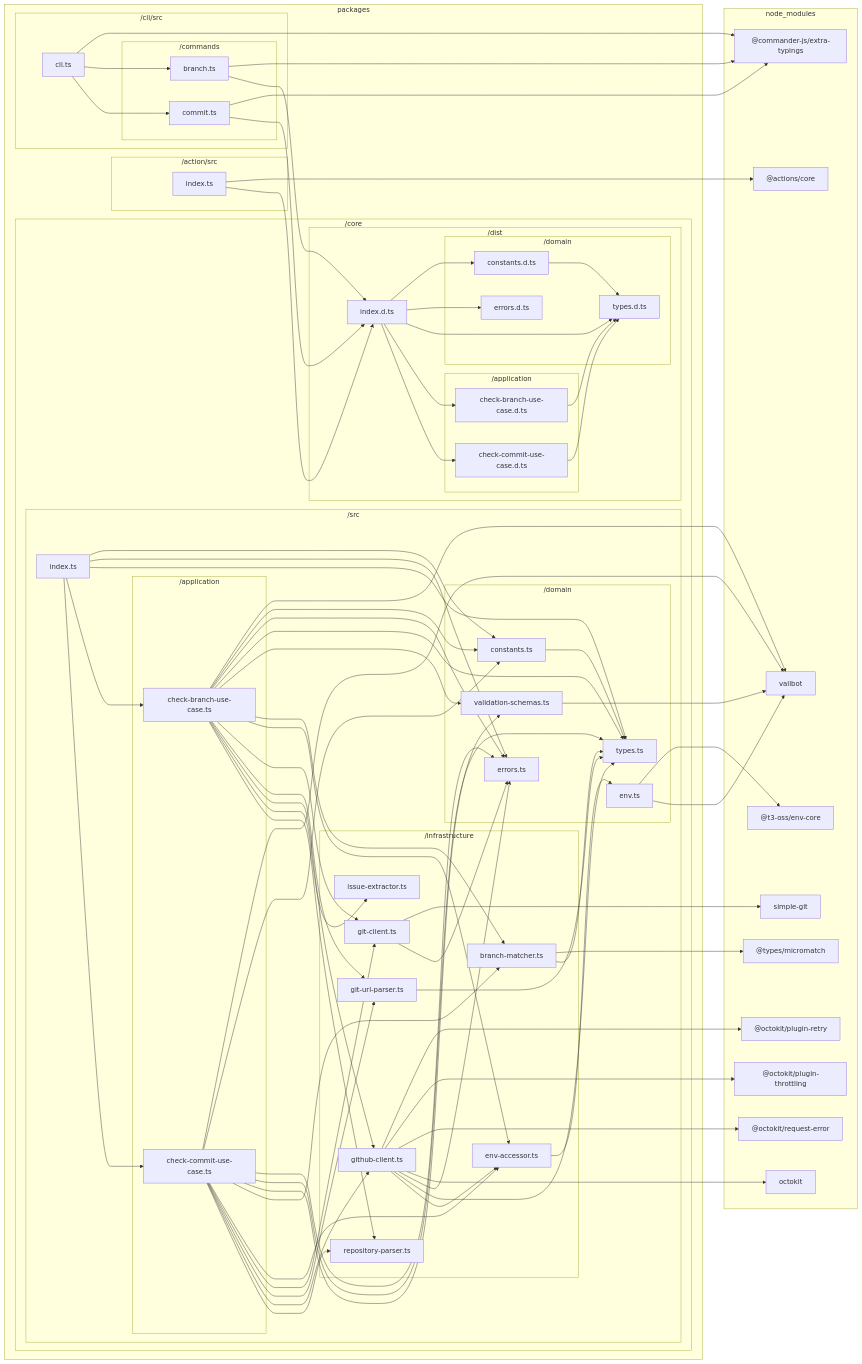
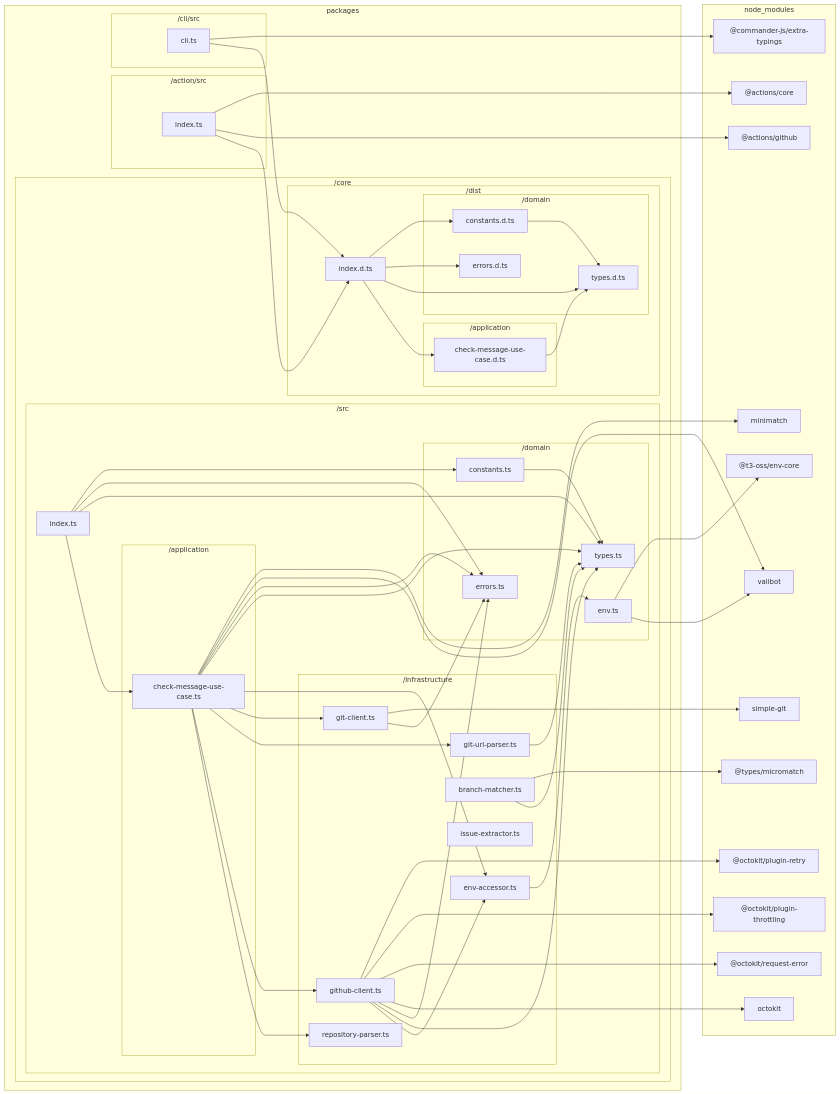
The diagram in docs/reports/dependencies/all.md (sugurutakahashi-1234/issue-linker), drawn with Mermaid before and after one commit. The commit also changed 27 other files, not shown here.

First line of the commit message:
refactor: remove commit and branch checking commands [deps-change]

````diff
--- a/docs/reports/dependencies/all.md
+++ b/docs/reports/dependencies/all.md
@@ -16,8 +16,7 @@
                     packages/core/dist/domain/errors.d.ts["errors.d.ts"]
                 end
                 subgraph packages/core/dist/application["/application"]
-                    packages/core/dist/application/check//branch//use//case.d.ts["check-branch-use-case.d.ts"]
-                    packages/core/dist/application/check//commit//use//case.d.ts["check-commit-use-case.d.ts"]
+                    packages/core/dist/application/check//message//use//case.d.ts["check-message-use-case.d.ts"]
                 end
             end
             subgraph packages/core/src["/src"]
@@ -26,21 +25,19 @@
                     packages/core/src/domain/types.ts["types.ts"]
                     packages/core/src/domain/constants.ts["constants.ts"]
                     packages/core/src/domain/errors.ts["errors.ts"]
-                    packages/core/src/domain/validation//schemas.ts["validation-schemas.ts"]
                     packages/core/src/domain/env.ts["env.ts"]
                 end
                 subgraph packages/core/src/infrastructure["/infrastructure"]
-                    packages/core/src/infrastructure/branch//matcher.ts["branch-matcher.ts"]
                     packages/core/src/infrastructure/env//accessor.ts["env-accessor.ts"]
                     packages/core/src/infrastructure/git//client.ts["git-client.ts"]
                     packages/core/src/infrastructure/git//url//parser.ts["git-url-parser.ts"]
                     packages/core/src/infrastructure/github//client.ts["github-client.ts"]
+                    packages/core/src/infrastructure/repository//parser.ts["repository-parser.ts"]
+                    packages/core/src/infrastructure/branch//matcher.ts["branch-matcher.ts"]
                     packages/core/src/infrastructure/issue//extractor.ts["issue-extractor.ts"]
-                    packages/core/src/infrastructure/repository//parser.ts["repository-parser.ts"]
                 end
                 subgraph packages/core/src/application["/application"]
-                    packages/core/src/application/check//branch//use//case.ts["check-branch-use-case.ts"]
-                    packages/core/src/application/check//commit//use//case.ts["check-commit-use-case.ts"]
+                    packages/core/src/application/check//message//use//case.ts["check-message-use-case.ts"]
                 end
             end
         end
@@ -49,45 +46,34 @@
         end
         subgraph packages/cli/src["/cli/src"]
             packages/cli/src/cli.ts["cli.ts"]
-            subgraph packages/cli/src/commands["/commands"]
-                packages/cli/src/commands/branch.ts["branch.ts"]
-                packages/cli/src/commands/commit.ts["commit.ts"]
-            end
         end
     end
     subgraph node//modules["node_modules"]
         node//modules///actions/core/lib/core.d.ts["@actions/core"]
+        node//modules///actions/github/lib/github.d.ts["@actions/github"]
         node//modules///commander//js/extra//typings/index.d.ts["@commander-js/extra-typings"]
+        node//modules///t3//oss/env//core/dist/index.d.ts["@t3-oss/env-core"]
         node//modules/valibot/dist/index.d.cts["valibot"]
-        node//modules///types/micromatch/index.d.ts["@types/micromatch"]
-        node//modules///t3//oss/env//core/dist/index.d.ts["@t3-oss/env-core"]
         node//modules/simple//git/dist/typings/index.d.ts["simple-git"]
         node//modules///octokit/plugin//retry/dist//types/index.d.ts["@octokit/plugin-retry"]
         node//modules///octokit/plugin//throttling/dist//types/index.d.ts["@octokit/plugin-throttling"]
         node//modules///octokit/request//error/dist//types/index.d.ts["@octokit/request-error"]
         node//modules/octokit/dist//types/index.d.ts["octokit"]
+        node//modules/minimatch/dist/commonjs/index.d.ts["minimatch"]
+        node//modules///types/micromatch/index.d.ts["@types/micromatch"]
     end
     packages/core/dist/domain/constants.d.ts-->packages/core/dist/domain/types.d.ts
-    packages/core/dist/application/check//branch//use//case.d.ts-->packages/core/dist/domain/types.d.ts
-    packages/core/dist/application/check//commit//use//case.d.ts-->packages/core/dist/domain/types.d.ts
+    packages/core/dist/application/check//message//use//case.d.ts-->packages/core/dist/domain/types.d.ts
     packages/core/dist/index.d.ts-->packages/core/dist/domain/constants.d.ts
     packages/core/dist/index.d.ts-->packages/core/dist/domain/errors.d.ts
     packages/core/dist/index.d.ts-->packages/core/dist/domain/types.d.ts
-    packages/core/dist/index.d.ts-->packages/core/dist/application/check//branch//use//case.d.ts
-    packages/core/dist/index.d.ts-->packages/core/dist/application/check//commit//use//case.d.ts
+    packages/core/dist/index.d.ts-->packages/core/dist/application/check//message//use//case.d.ts
     packages/action/src/index.ts-->node//modules///actions/core/lib/core.d.ts
+    packages/action/src/index.ts-->node//modules///actions/github/lib/github.d.ts
     packages/action/src/index.ts-->packages/core/dist/index.d.ts
-    packages/cli/src/commands/branch.ts-->node//modules///commander//js/extra//typings/index.d.ts
-    packages/cli/src/commands/branch.ts-->packages/core/dist/index.d.ts
-    packages/cli/src/commands/commit.ts-->node//modules///commander//js/extra//typings/index.d.ts
-    packages/cli/src/commands/commit.ts-->packages/core/dist/index.d.ts
     packages/cli/src/cli.ts-->node//modules///commander//js/extra//typings/index.d.ts
-    packages/cli/src/cli.ts-->packages/cli/src/commands/branch.ts
-    packages/cli/src/cli.ts-->packages/cli/src/commands/commit.ts
+    packages/cli/src/cli.ts-->packages/core/dist/index.d.ts
     packages/core/src/domain/constants.ts-->packages/core/src/domain/types.ts
-    packages/core/src/domain/validation//schemas.ts-->node//modules/valibot/dist/index.d.cts
-    packages/core/src/infrastructure/branch//matcher.ts-->node//modules///types/micromatch/index.d.ts
-    packages/core/src/infrastructure/branch//matcher.ts-->packages/core/src/domain/types.ts
     packages/core/src/domain/env.ts-->node//modules///t3//oss/env//core/dist/index.d.ts
     packages/core/src/domain/env.ts-->node//modules/valibot/dist/index.d.cts
     packages/core/src/infrastructure/env//accessor.ts-->packages/core/src/domain/env.ts
@@ -101,32 +87,19 @@
     packages/core/src/infrastructure/github//client.ts-->packages/core/src/domain/errors.ts
     packages/core/src/infrastructure/github//client.ts-->packages/core/src/domain/types.ts
     packages/core/src/infrastructure/github//client.ts-->packages/core/src/infrastructure/env//accessor.ts
-    packages/core/src/application/check//branch//use//case.ts-->node//modules/valibot/dist/index.d.cts
-    packages/core/src/application/check//branch//use//case.ts-->packages/core/src/domain/constants.ts
-    packages/core/src/application/check//branch//use//case.ts-->packages/core/src/domain/errors.ts
-    packages/core/src/application/check//branch//use//case.ts-->packages/core/src/domain/types.ts
-    packages/core/src/application/check//branch//use//case.ts-->packages/core/src/domain/validation//schemas.ts
-    packages/core/src/application/check//branch//use//case.ts-->packages/core/src/infrastructure/branch//matcher.ts
-    packages/core/src/application/check//branch//use//case.ts-->packages/core/src/infrastructure/env//accessor.ts
-    packages/core/src/application/check//branch//use//case.ts-->packages/core/src/infrastructure/git//client.ts
-    packages/core/src/application/check//branch//use//case.ts-->packages/core/src/infrastructure/git//url//parser.ts
-    packages/core/src/application/check//branch//use//case.ts-->packages/core/src/infrastructure/github//client.ts
-    packages/core/src/application/check//branch//use//case.ts-->packages/core/src/infrastructure/issue//extractor.ts
-    packages/core/src/application/check//branch//use//case.ts-->packages/core/src/infrastructure/repository//parser.ts
-    packages/core/src/application/check//commit//use//case.ts-->node//modules/valibot/dist/index.d.cts
-    packages/core/src/application/check//commit//use//case.ts-->packages/core/src/domain/constants.ts
-    packages/core/src/application/check//commit//use//case.ts-->packages/core/src/domain/errors.ts
-    packages/core/src/application/check//commit//use//case.ts-->packages/core/src/domain/types.ts
-    packages/core/src/application/check//commit//use//case.ts-->packages/core/src/domain/validation//schemas.ts
-    packages/core/src/application/check//commit//use//case.ts-->packages/core/src/infrastructure/branch//matcher.ts
-    packages/core/src/application/check//commit//use//case.ts-->packages/core/src/infrastructure/env//accessor.ts
-    packages/core/src/application/check//commit//use//case.ts-->packages/core/src/infrastructure/git//client.ts
-    packages/core/src/application/check//commit//use//case.ts-->packages/core/src/infrastructure/git//url//parser.ts
-    packages/core/src/application/check//commit//use//case.ts-->packages/core/src/infrastructure/github//client.ts
-    packages/core/src/application/check//commit//use//case.ts-->packages/core/src/infrastructure/repository//parser.ts
+    packages/core/src/application/check//message//use//case.ts-->node//modules/minimatch/dist/commonjs/index.d.ts
+    packages/core/src/application/check//message//use//case.ts-->node//modules/valibot/dist/index.d.cts
+    packages/core/src/application/check//message//use//case.ts-->packages/core/src/domain/errors.ts
+    packages/core/src/application/check//message//use//case.ts-->packages/core/src/domain/types.ts
+    packages/core/src/application/check//message//use//case.ts-->packages/core/src/infrastructure/env//accessor.ts
+    packages/core/src/application/check//message//use//case.ts-->packages/core/src/infrastructure/git//client.ts
+    packages/core/src/application/check//message//use//case.ts-->packages/core/src/infrastructure/git//url//parser.ts
+    packages/core/src/application/check//message//use//case.ts-->packages/core/src/infrastructure/github//client.ts
+    packages/core/src/application/check//message//use//case.ts-->packages/core/src/infrastructure/repository//parser.ts
     packages/core/src/index.ts-->packages/core/src/domain/constants.ts
     packages/core/src/index.ts-->packages/core/src/domain/errors.ts
     packages/core/src/index.ts-->packages/core/src/domain/types.ts
-    packages/core/src/index.ts-->packages/core/src/application/check//branch//use//case.ts
-    packages/core/src/index.ts-->packages/core/src/application/check//commit//use//case.ts
+    packages/core/src/index.ts-->packages/core/src/application/check//message//use//case.ts
+    packages/core/src/infrastructure/branch//matcher.ts-->node//modules///types/micromatch/index.d.ts
+    packages/core/src/infrastructure/branch//matcher.ts-->packages/core/src/domain/types.ts
 ```
````
